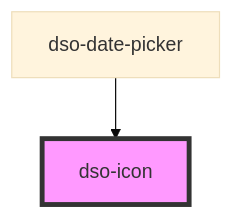
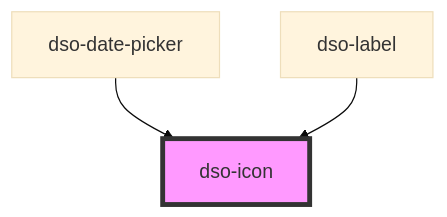
One commit to dso-toolkit/dso-toolkit changed the diagram in packages/core/src/components/icon/readme.md. Above: the diagram before and after it, drawn with Mermaid (base theme). The commit also changed other lines of this file and 50 other files, not shown here.

````diff
--- a/packages/core/src/components/icon/readme.md
+++ b/packages/core/src/components/icon/readme.md
@@ -22,5 +23,6 @@
 ```mermaid
 graph TD;
   dso-date-picker --> dso-icon
+  dso-label --> dso-icon
   style dso-icon fill:#f9f,stroke:#333,stroke-width:4px
 ```
````
